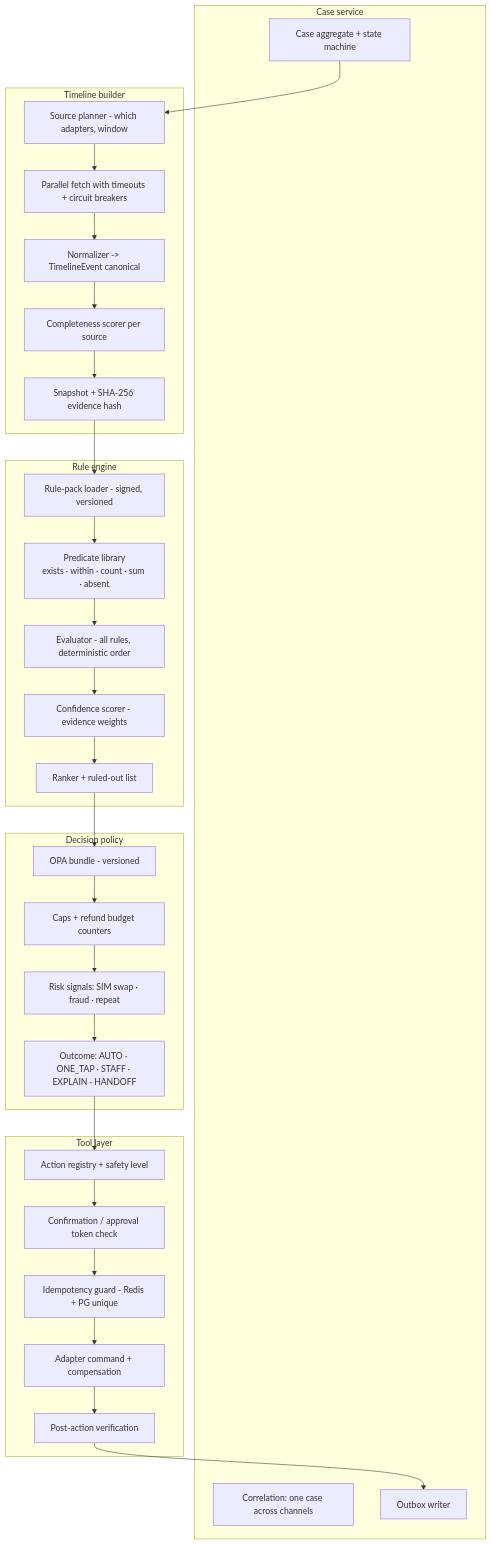
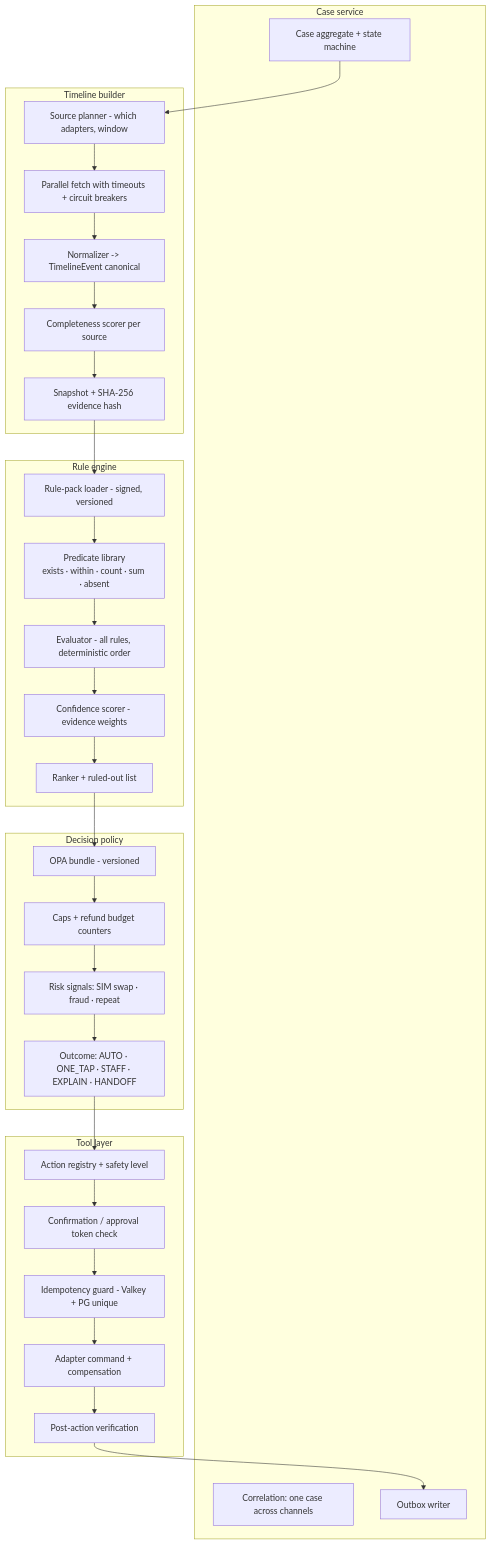
Diagram 17 of 18 in docs/enterprise-plan/05-architecture-diagrams.md (Pasidu-Mihiranga/HutchClarity), drawn with Mermaid before and after one commit. The commit also changed other lines of this file and 103 other files, not shown here.

````diff
--- a/docs/enterprise-plan/05-architecture-diagrams.md
+++ b/docs/enterprise-plan/05-architecture-diagrams.md
@@ -662,39 +664,39 @@
 ```mermaid
 flowchart TB
     subgraph CASE["Case service"]
         CS1["Case aggregate + state machine"]
         CS2["Correlation: one case across channels"]
         CS3["Outbox writer"]
     end
     subgraph TLB["Timeline builder"]
         T1["Source planner - which adapters, window"]
         T2["Parallel fetch with timeouts + circuit breakers"]
         T3["Normalizer -> TimelineEvent canonical"]
         T4["Completeness scorer per source"]
         T5["Snapshot + SHA-256 evidence hash"]
     end
     subgraph RE["Rule engine"]
         R1["Rule-pack loader - signed, versioned"]
         R2["Predicate library<br/>exists · within · count · sum · absent"]
         R3["Evaluator - all rules, deterministic order"]
         R4["Confidence scorer - evidence weights"]
         R5["Ranker + ruled-out list"]
     end
     subgraph DP["Decision policy"]
         P1["OPA bundle - versioned"]
         P2["Caps + refund budget counters"]
         P3["Risk signals: SIM swap · fraud · repeat"]
         P4["Outcome: AUTO · ONE_TAP · STAFF · EXPLAIN · HANDOFF"]
     end
     subgraph TL["Tool layer"]
         A1["Action registry + safety level"]
         A2["Confirmation / approval token check"]
-        A3["Idempotency guard - Redis + PG unique"]
+        A3["Idempotency guard - Valkey + PG unique"]
         A4["Adapter command + compensation"]
         A5["Post-action verification"]
     end
     CS1 --> T1 --> T2 --> T3 --> T4 --> T5 --> R1
     R1 --> R2 --> R3 --> R4 --> R5 --> P1
     P1 --> P2 --> P3 --> P4 --> A1
     A1 --> A2 --> A3 --> A4 --> A5 --> CS3
 ```
````
